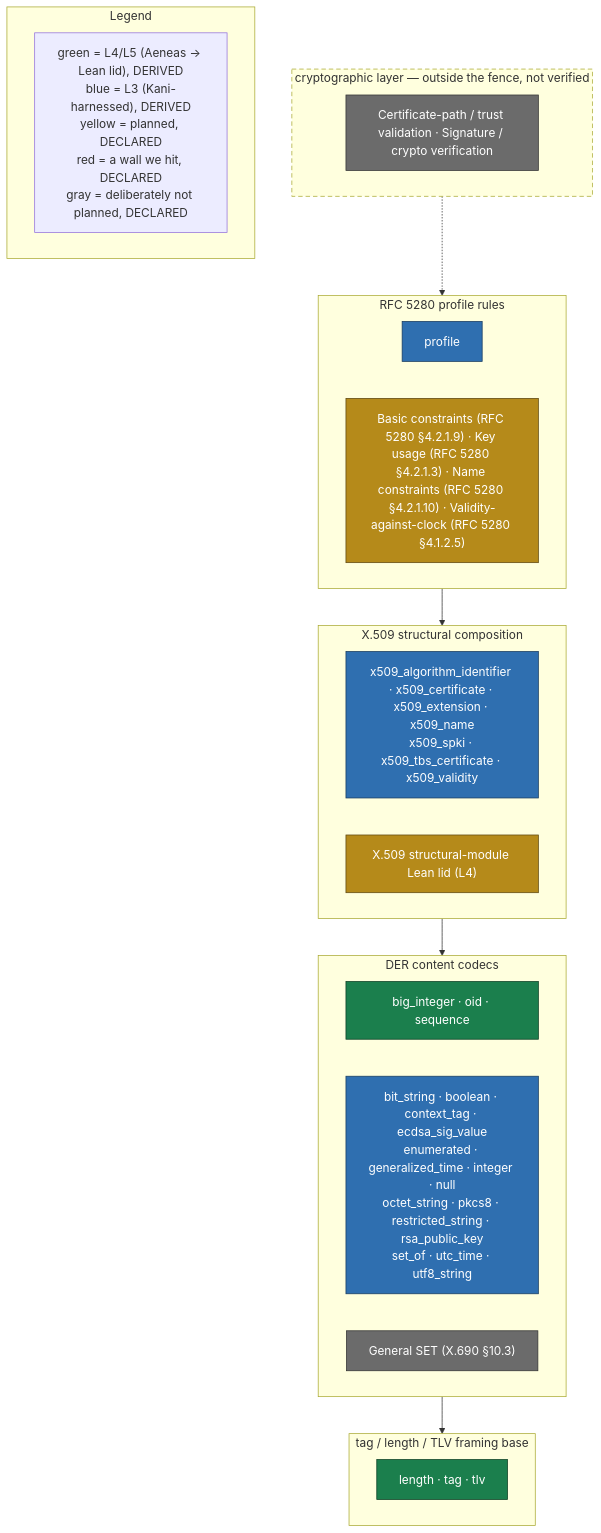
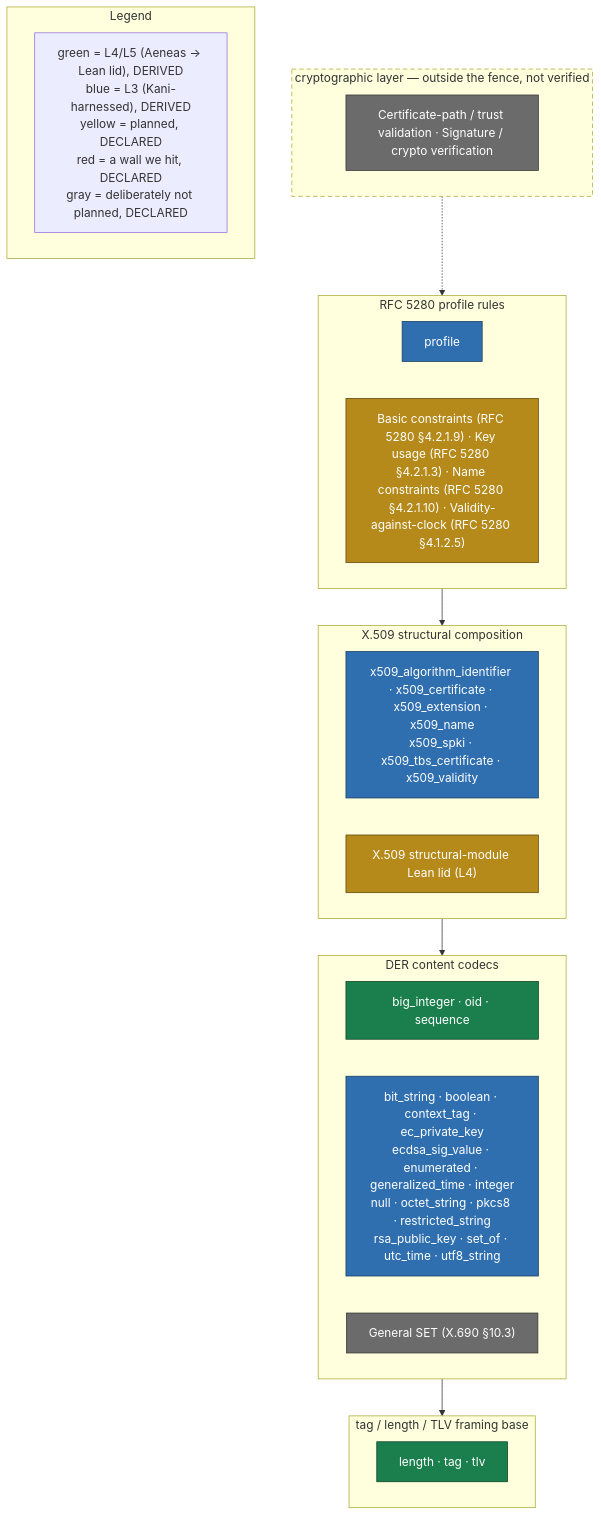
One commit to ivmat/rs-verified-der changed the diagram in README.md. Above: the diagram before and after it, drawn with Mermaid. The commit also changed other lines of this file and 8 other files, not shown here.

````diff
--- a/README.md
+++ b/README.md
@@ -95,40 +95,40 @@
 ```mermaid
 flowchart TB
     classDef green fill:#1b7f4d,stroke:#0a3d22,color:#ffffff
     classDef blue fill:#2f6fb0,stroke:#173a5e,color:#ffffff
     classDef yellow fill:#b58a1a,stroke:#5c4610,color:#ffffff
     classDef red fill:#b3382a,stroke:#5c1a10,color:#ffffff
     classDef gray fill:#6b6b6b,stroke:#333333,color:#ffffff
 
     subgraph crypto_layer["cryptographic layer — outside the fence, not verified"]
         direction LR
         style crypto_layer stroke-dasharray: 6 4
         crypto_gray["Certificate-path / trust validation · Signature / crypto verification"]:::gray
     end
     subgraph profile_layer["RFC 5280 profile rules"]
         direction LR
         profile_blue["profile"]:::blue
         profile_yellow["Basic constraints (RFC 5280 §4.2.1.9) · Key usage (RFC 5280 §4.2.1.3) · Name constraints (RFC 5280 §4.2.1.10) · Validity-against-clock (RFC 5280 §4.1.2.5)"]:::yellow
     end
     subgraph structural_layer["X.509 structural composition"]
         direction LR
         structural_blue["x509_algorithm_identifier · x509_certificate · x509_extension · x509_name<br/>x509_spki · x509_tbs_certificate · x509_validity"]:::blue
         structural_yellow["X.509 structural-module Lean lid (L4)"]:::yellow
     end
     subgraph codecs_layer["DER content codecs"]
         direction LR
         codecs_green["big_integer · oid · sequence"]:::green
-        codecs_blue["bit_string · boolean · context_tag · ecdsa_sig_value<br/>enumerated · generalized_time · integer · null<br/>octet_string · pkcs8 · restricted_string · rsa_public_key<br/>set_of · utc_time · utf8_string"]:::blue
+        codecs_blue["bit_string · boolean · context_tag · ec_private_key<br/>ecdsa_sig_value · enumerated · generalized_time · integer<br/>null · octet_string · pkcs8 · restricted_string<br/>rsa_public_key · set_of · utc_time · utf8_string"]:::blue
         codecs_gray["General SET (X.690 §10.3)"]:::gray
     end
     subgraph framing_layer["tag / length / TLV framing base"]
         direction LR
         framing_green["length · tag · tlv"]:::green
     end
 
     crypto_layer -.-> profile_layer --> structural_layer --> codecs_layer --> framing_layer
 
     subgraph legend["Legend"]
         legend_all["green = L4/L5 (Aeneas → Lean lid), DERIVED<br/>blue = L3 (Kani-harnessed), DERIVED<br/>yellow = planned, DECLARED<br/>red = a wall we hit, DECLARED<br/>gray = deliberately not planned, DECLARED"]
     end
 ```
````
